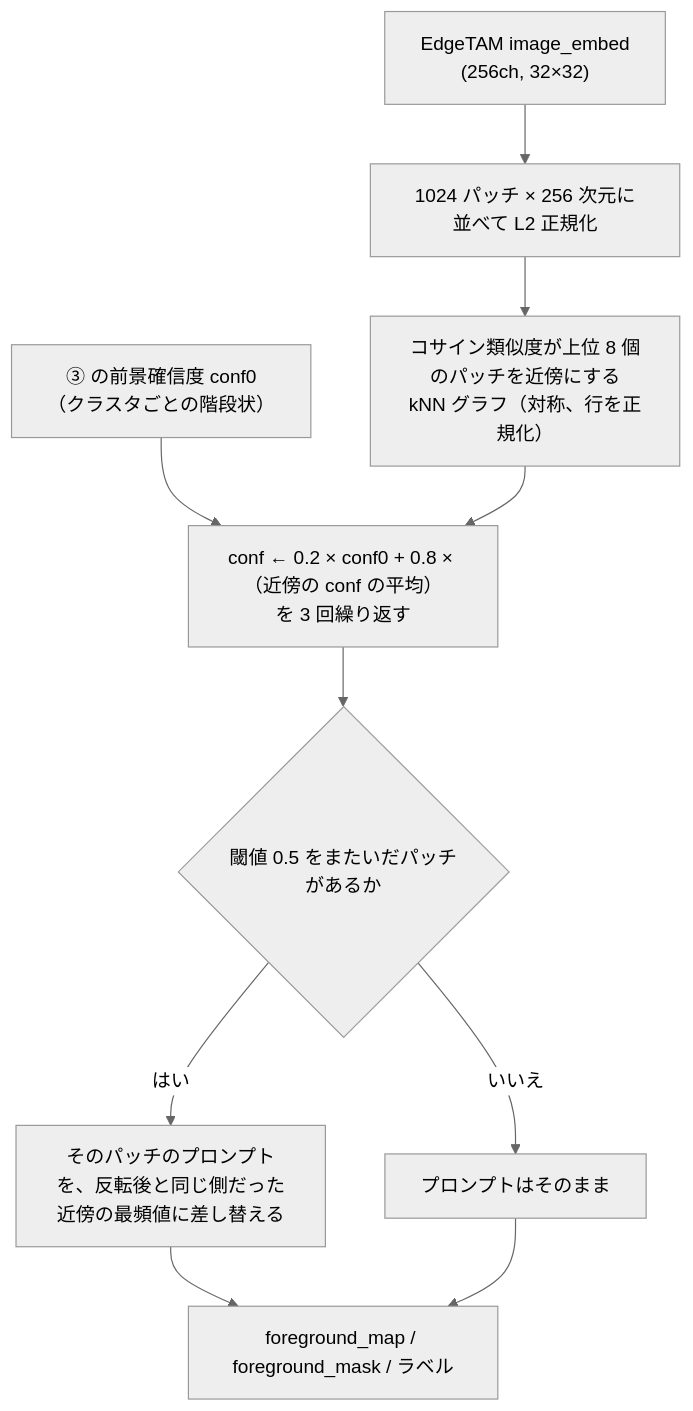
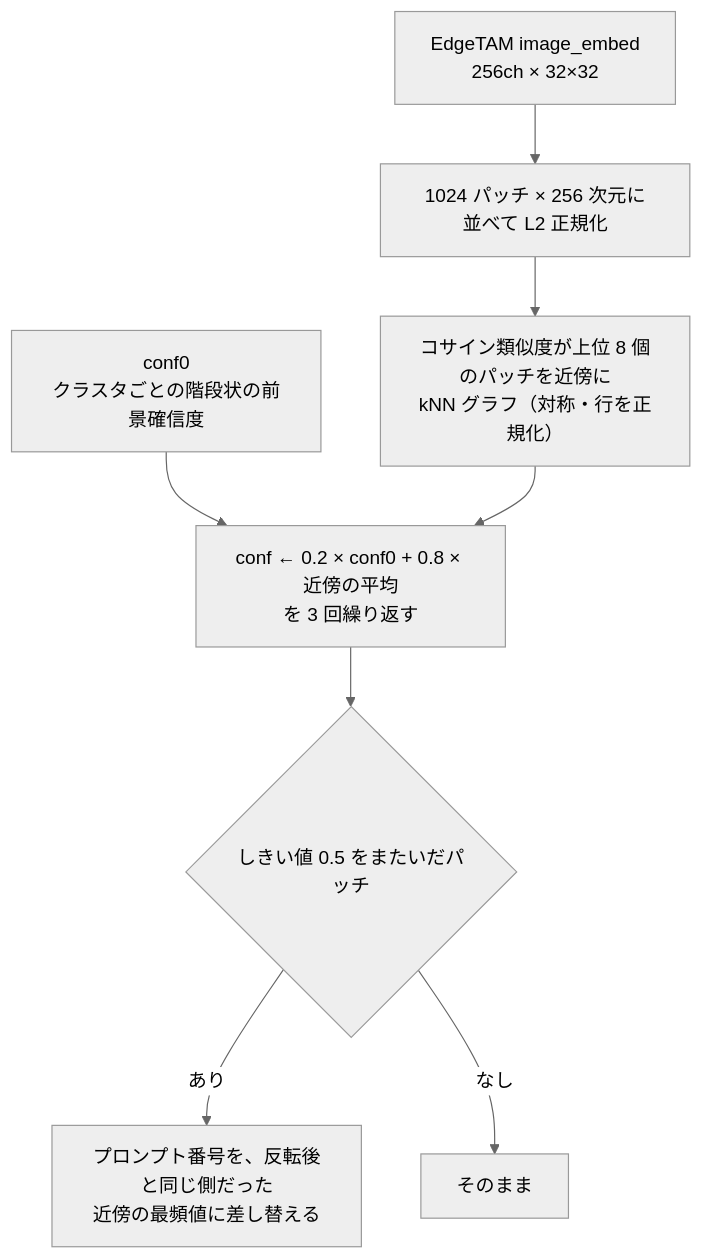
Before and after one commit to fklg-64/pe_anything_detect: the third of 5 diagrams in docs/coarse_segmentation.md, drawn with Mermaid (neutral theme). The commit also changed other lines of this file and 46 other files, not shown here.

````diff
--- a/docs/coarse_segmentation.md
+++ b/docs/coarse_segmentation.md
@@ -237,12 +158,10 @@
 ```mermaid
 flowchart TD
-    EM["EdgeTAM image_embed<br/>(256ch, 32×32)"] --> V["1024 パッチ × 256 次元に並べて L2 正規化"]
-    V --> G["コサイン類似度が上位 8 個のパッチを近傍にする<br/>kNN グラフ（対称、行を正規化）"]
-    C0["③ の前景確信度 conf0<br/>（クラスタごとの階段状）"] --> IT
-    G --> IT["conf ← 0.2 × conf0 + 0.8 × （近傍の conf の平均）<br/>を 3 回繰り返す"]
-    IT --> TH{"閾値 0.5 をまたいだパッチがあるか"}
-    TH -->|はい| PR["そのパッチのプロンプトを、反転後と同じ側だった<br/>近傍の最頻値に差し替える"]
-    TH -->|いいえ| KEEP["プロンプトはそのまま"]
-    PR --> OUT["foreground_map / foreground_mask / ラベル"]
-    KEEP --> OUT
+    EM["EdgeTAM image_embed<br/>256ch × 32×32"] --> V["1024 パッチ × 256 次元に並べて L2 正規化"]
+    V --> G["コサイン類似度が上位 8 個のパッチを近傍に<br/>kNN グラフ（対称・行を正規化）"]
+    C0["conf0<br/>クラスタごとの階段状の前景確信度"] --> IT
+    G --> IT["conf ← 0.2 × conf0 + 0.8 × 近傍の平均<br/>を 3 回繰り返す"]
+    IT --> TH{"しきい値 0.5 をまたいだパッチ"}
+    TH -->|あり| PR["プロンプト番号を、反転後と同じ側だった<br/>近傍の最頻値に差し替える"]
+    TH -->|なし| KEEP["そのまま"]
 ```
````
